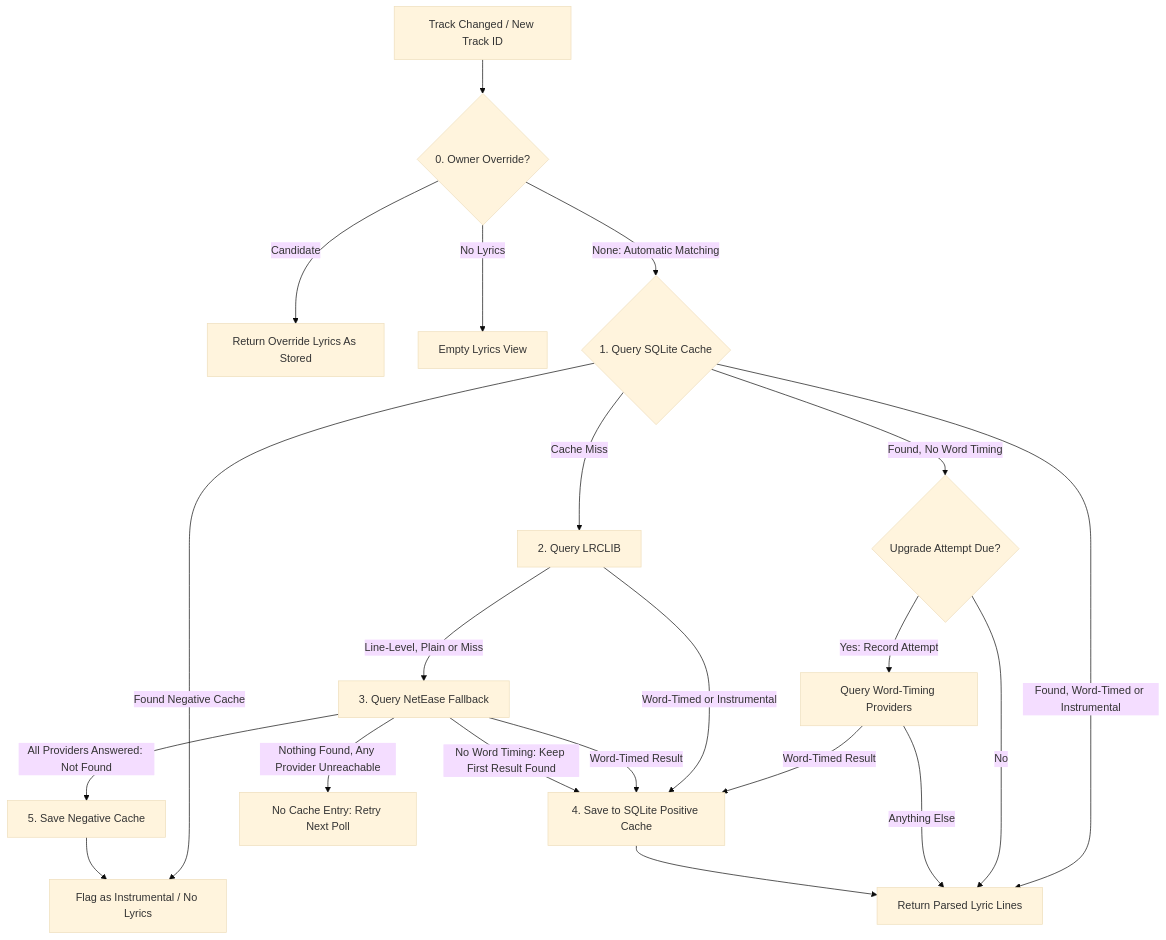
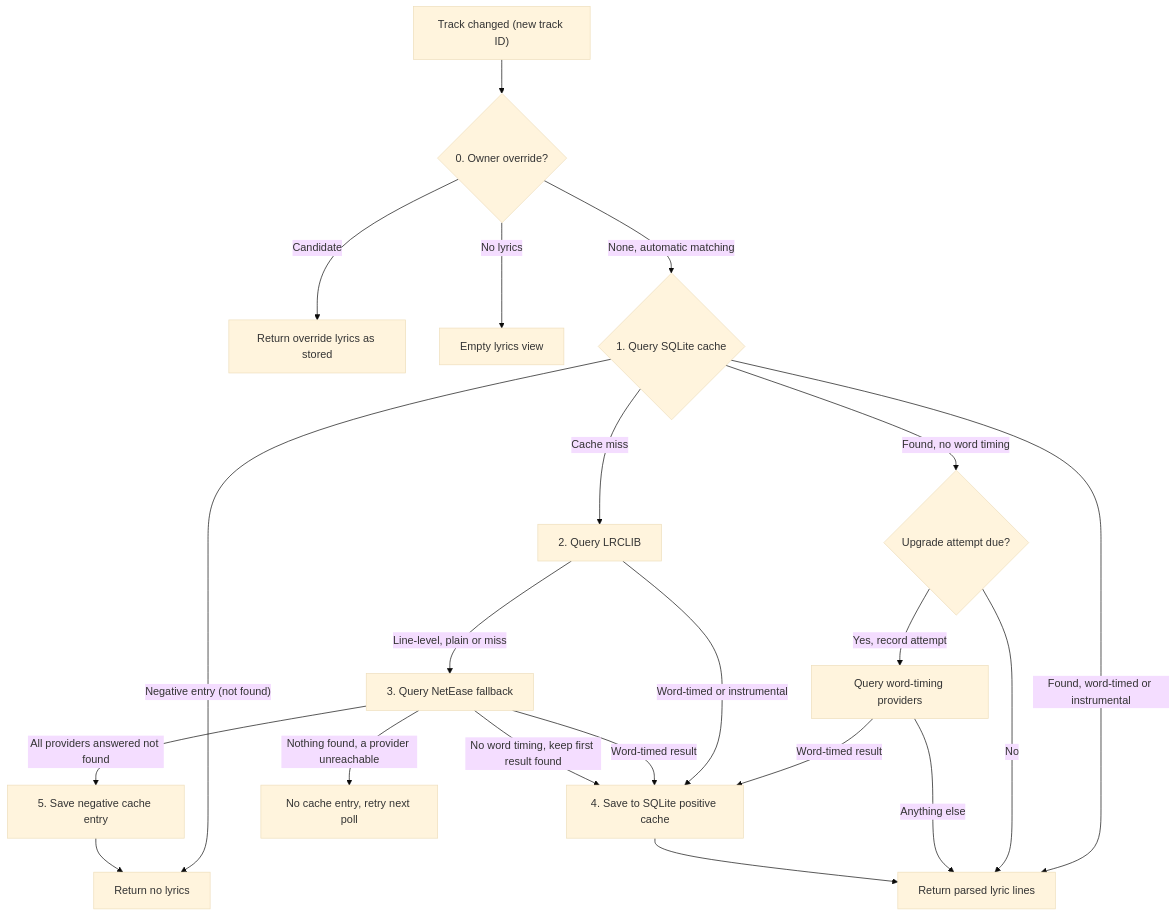
The diagram in docs/architecture/lyrics-caching.md (jav76/Cantus), drawn with Mermaid (base theme) before and after one commit. The commit also changed other lines of this file and 8 other files, not shown here.

Commit message:
docs: correct architecture, theming and contributing pages against the code

````diff
--- a/docs/architecture/lyrics-caching.md
+++ b/docs/architecture/lyrics-caching.md
@@ -11,25 +11,25 @@
 ```mermaid
 flowchart TD
-    Start[Track Changed / New Track ID] --> QueryOverride{0. Owner Override?}
-    QueryOverride -->|Candidate| ReturnOverride[Return Override Lyrics As Stored]
-    QueryOverride -->|No Lyrics| ReturnNone[Empty Lyrics View]
-    QueryOverride -->|None: Automatic Matching| QueryLocal{1. Query SQLite Cache}
-    QueryLocal -->|Found Negative Cache| ReturnInstrumental[Flag as Instrumental / No Lyrics]
-    QueryLocal -->|Found, Word-Timed or Instrumental| ReturnLyrics[Return Parsed Lyric Lines]
-    QueryLocal -->|Found, No Word Timing| UpgradeDue{Upgrade Attempt Due?}
-    UpgradeDue -->|No| ReturnLyrics
-    UpgradeDue -->|Yes: Record Attempt| Upgrade[Query Word-Timing Providers]
-    Upgrade -->|Word-Timed Result| SavePositive
-    Upgrade -->|Anything Else| ReturnLyrics
+    Start["Track changed (new track ID)"] --> QueryOverride{"0. Owner override?"}
+    QueryOverride -->|"Candidate"| ReturnOverride["Return override lyrics as stored"]
+    QueryOverride -->|"No lyrics"| ReturnNone["Empty lyrics view"]
+    QueryOverride -->|"None, automatic matching"| QueryLocal{"1. Query SQLite cache"}
+    QueryLocal -->|"Negative entry (not found)"| ReturnNotFound["Return no lyrics"]
+    QueryLocal -->|"Found, word-timed or instrumental"| ReturnLyrics["Return parsed lyric lines"]
+    QueryLocal -->|"Found, no word timing"| UpgradeDue{"Upgrade attempt due?"}
+    UpgradeDue -->|"No"| ReturnLyrics
+    UpgradeDue -->|"Yes, record attempt"| Upgrade["Query word-timing providers"]
+    Upgrade -->|"Word-timed result"| SavePositive
+    Upgrade -->|"Anything else"| ReturnLyrics
 
-    QueryLocal -->|Cache Miss| QueryLRCLIB[2. Query LRCLIB]
-    QueryLRCLIB -->|Word-Timed or Instrumental| SavePositive[4. Save to SQLite Positive Cache]
-    QueryLRCLIB -->|Line-Level, Plain or Miss| QueryNetease[3. Query NetEase Fallback]
-    QueryNetease -->|Word-Timed Result| SavePositive
-    QueryNetease -->|No Word Timing: Keep First Result Found| SavePositive
-    QueryNetease -->|All Providers Answered: Not Found| SaveNegative[5. Save Negative Cache]
-    QueryNetease -->|Nothing Found, Any Provider Unreachable| SkipCache[No Cache Entry: Retry Next Poll]
+    QueryLocal -->|"Cache miss"| QueryLRCLIB["2. Query LRCLIB"]
+    QueryLRCLIB -->|"Word-timed or instrumental"| SavePositive["4. Save to SQLite positive cache"]
+    QueryLRCLIB -->|"Line-level, plain or miss"| QueryNetease["3. Query NetEase fallback"]
+    QueryNetease -->|"Word-timed result"| SavePositive
+    QueryNetease -->|"No word timing, keep first result found"| SavePositive
+    QueryNetease -->|"All providers answered not found"| SaveNegative["5. Save negative cache entry"]
+    QueryNetease -->|"Nothing found, a provider unreachable"| SkipCache["No cache entry, retry next poll"]
 
     SavePositive --> ReturnLyrics
-    SaveNegative --> ReturnInstrumental
+    SaveNegative --> ReturnNotFound
 ```
````
